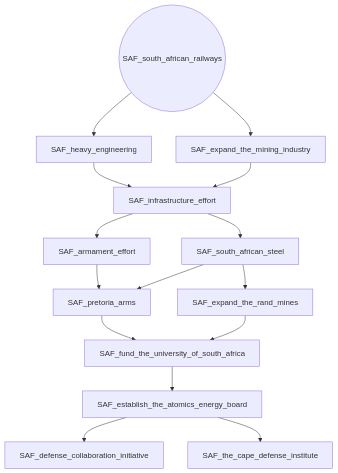
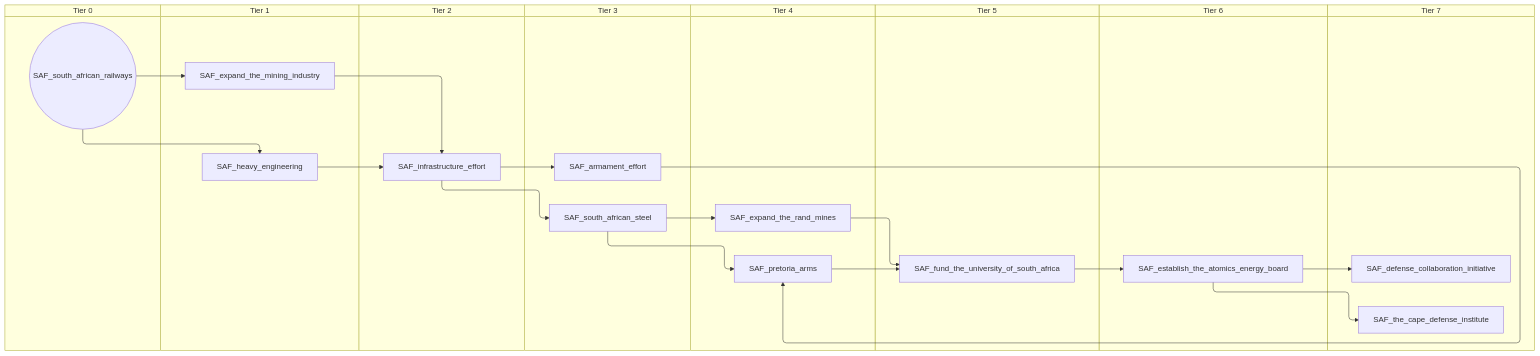
Before and after one commit to evgeny-sobol/hoi4-sandbox-mode: the fourth of 7 diagrams in docs/gdd/National Focuses/south_africa.md, drawn with Mermaid. The commit also changed other lines of this file and 80 other files, not shown here.

First line of the commit message:
Add swimlane mode to focus graph exporter

````diff
--- a/docs/gdd/National Focuses/south_africa.md
+++ b/docs/gdd/National Focuses/south_africa.md
@@ -131,29 +167,45 @@
 ```mermaid
-flowchart TD
-    n50["SAF_armament_effort"]
-    n51["SAF_defense_collaboration_initiative"]
-    n52["SAF_establish_the_atomics_energy_board"]
-    n53["SAF_expand_the_mining_industry"]
-    n54["SAF_expand_the_rand_mines"]
-    n55["SAF_fund_the_university_of_south_africa"]
-    n56["SAF_heavy_engineering"]
-    n57["SAF_infrastructure_effort"]
-    n58["SAF_pretoria_arms"]
-    n59(("SAF_south_african_railways"))
-    n60["SAF_south_african_steel"]
-    n61["SAF_the_cape_defense_institute"]
-    n57 --> n50
-    n52 --> n51
-    n55 --> n52
-    n59 --> n53
-    n60 --> n54
-    n58 --> n55
-    n54 --> n55
-    n59 --> n56
-    n56 --> n57
-    n53 --> n57
-    n50 --> n58
-    n60 --> n58
-    n57 --> n60
-    n52 --> n61
+swimlane-beta TD
+    subgraph tier_0["Tier 0"]
+        n50(("SAF_south_african_railways"))
+    end
+    subgraph tier_1["Tier 1"]
+        n51["SAF_expand_the_mining_industry"]
+        n52["SAF_heavy_engineering"]
+    end
+    subgraph tier_2["Tier 2"]
+        n53["SAF_infrastructure_effort"]
+    end
+    subgraph tier_3["Tier 3"]
+        n54["SAF_armament_effort"]
+        n55["SAF_south_african_steel"]
+    end
+    subgraph tier_4["Tier 4"]
+        n56["SAF_expand_the_rand_mines"]
+        n57["SAF_pretoria_arms"]
+    end
+    subgraph tier_5["Tier 5"]
+        n58["SAF_fund_the_university_of_south_africa"]
+    end
+    subgraph tier_6["Tier 6"]
+        n59["SAF_establish_the_atomics_energy_board"]
+    end
+    subgraph tier_7["Tier 7"]
+        n60["SAF_defense_collaboration_initiative"]
+        n61["SAF_the_cape_defense_institute"]
+    end
+    n53 --> n54
+    n59 --> n60
+    n58 --> n59
+    n50 --> n51
+    n55 --> n56
+    n57 --> n58
+    n56 --> n58
+    n50 --> n52
+    n52 --> n53
+    n51 --> n53
+    n54 --> n57
+    n55 --> n57
+    n53 --> n55
+    n59 --> n61
 ```
````
